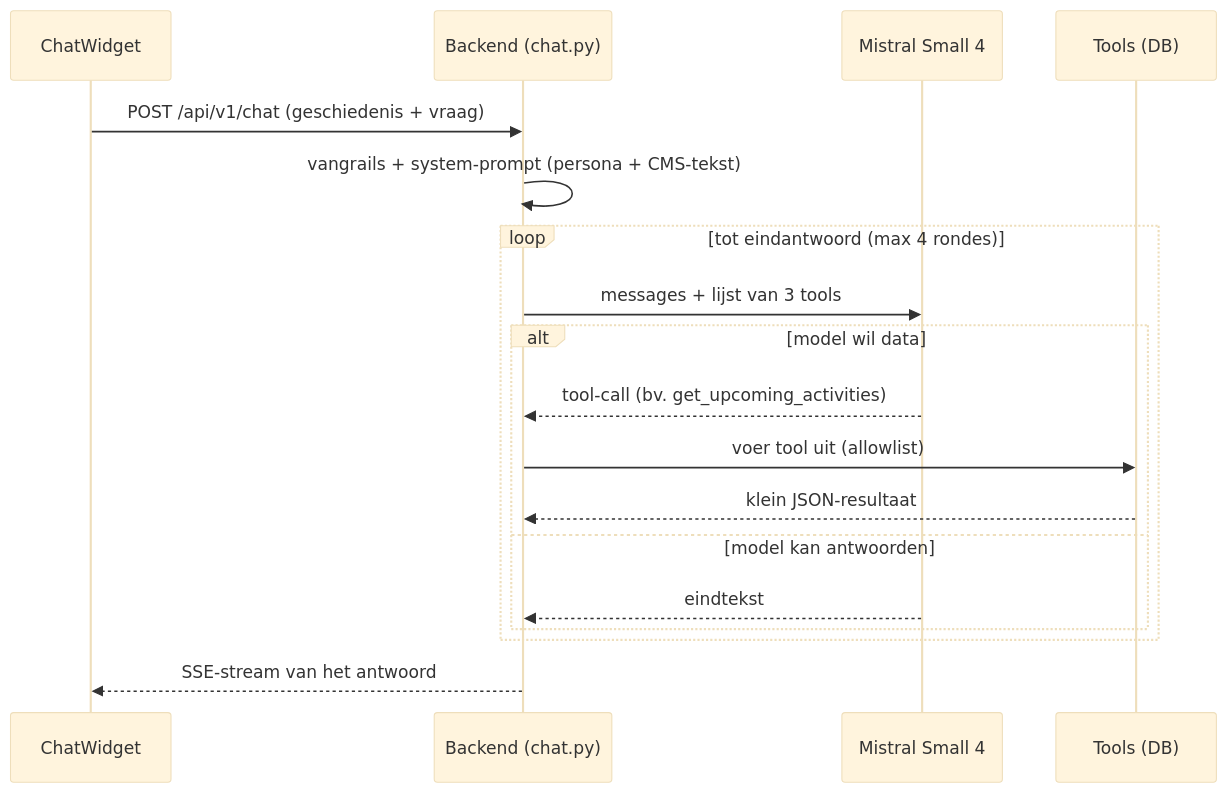
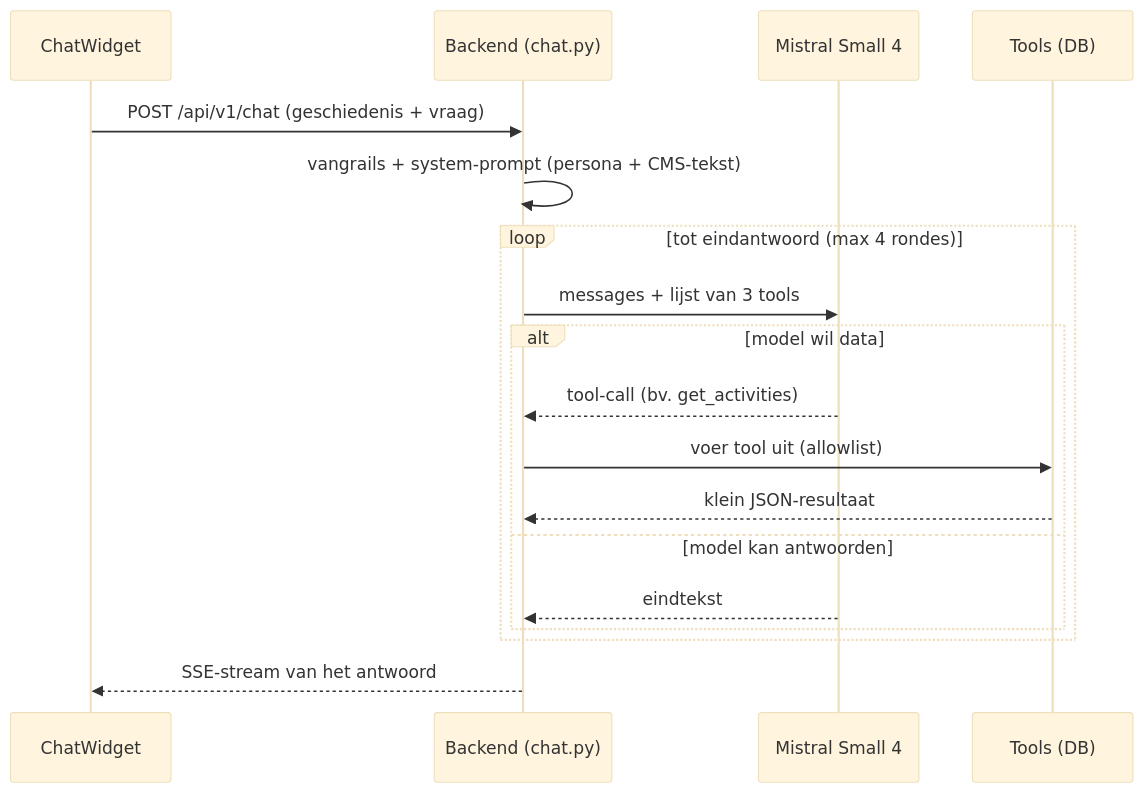
Before and after one commit to KoenRenders/KoenTest: the second of 2 diagrams in docs/chatbot.md, drawn with Mermaid (base theme). The commit also changed other lines of this file and 4 other files, not shown here.

First line of the commit message:
feat: chatbot kan ook voorbije activiteiten opvragen via één get_activities-tool (#248)

````diff
--- a/docs/chatbot.md
+++ b/docs/chatbot.md
@@ -30,20 +30,20 @@
 ```mermaid
 sequenceDiagram
     participant W as ChatWidget
     participant R as Backend (chat.py)
     participant L as Mistral Small 4
     participant T as Tools (DB)
     W->>R: POST /api/v1/chat (geschiedenis + vraag)
     R->>R: vangrails + system-prompt (persona + CMS-tekst)
     loop tot eindantwoord (max 4 rondes)
         R->>L: messages + lijst van 3 tools
         alt model wil data
-            L-->>R: tool-call (bv. get_upcoming_activities)
+            L-->>R: tool-call (bv. get_activities)
             R->>T: voer tool uit (allowlist)
             T-->>R: klein JSON-resultaat
         else model kan antwoorden
             L-->>R: eindtekst
         end
     end
     R-->>W: SSE-stream van het antwoord
 ```
````
